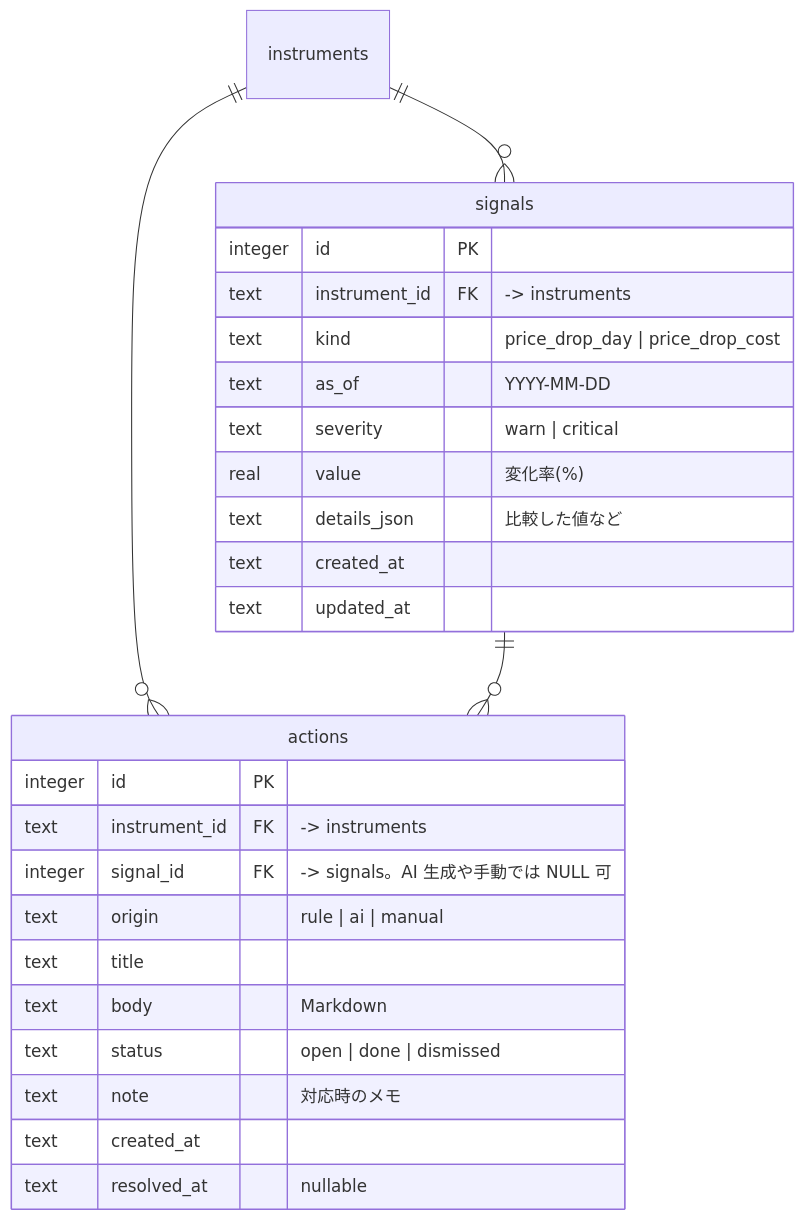
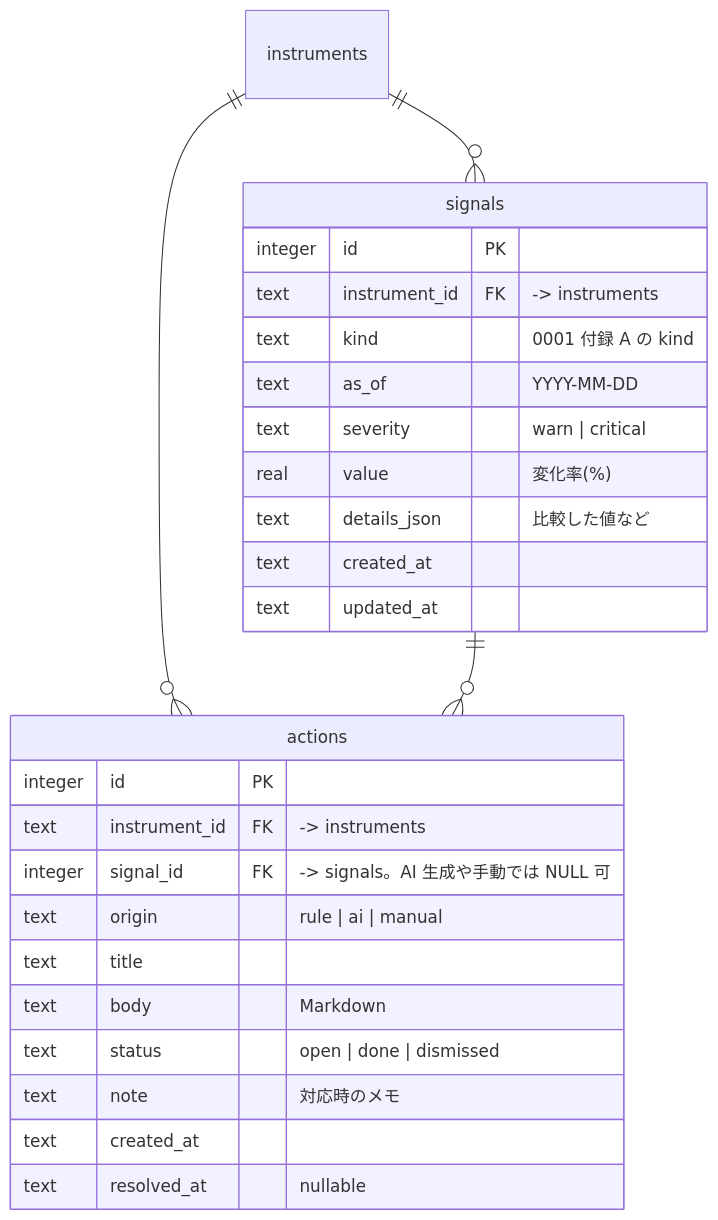
The first of 2 diagrams in docs/design-docs/0005-detect-and-dashboard.md (itinao/trading-tools), drawn with Mermaid before and after one commit. The commit also changed other lines of this file and 2 other files, not shown here.

````diff
--- a/docs/design-docs/0005-detect-and-dashboard.md
+++ b/docs/design-docs/0005-detect-and-dashboard.md
@@ -71,29 +87,29 @@
 ```mermaid
 erDiagram
     signals {
         integer id PK
         text instrument_id FK "-> instruments"
-        text kind "price_drop_day | price_drop_cost"
+        text kind "0001 付録 A の kind"
         text as_of "YYYY-MM-DD"
         text severity "warn | critical"
         real value "変化率(%)"
         text details_json "比較した値など"
         text created_at
         text updated_at
     }
     actions {
         integer id PK
         text instrument_id FK "-> instruments"
         integer signal_id FK "-> signals。AI 生成や手動では NULL 可"
         text origin "rule | ai | manual"
         text title
         text body "Markdown"
         text status "open | done | dismissed"
         text note "対応時のメモ"
         text created_at
         text resolved_at "nullable"
     }
     instruments ||--o{ signals : ""
     instruments ||--o{ actions : ""
     signals ||--o{ actions : ""
 ```
````
